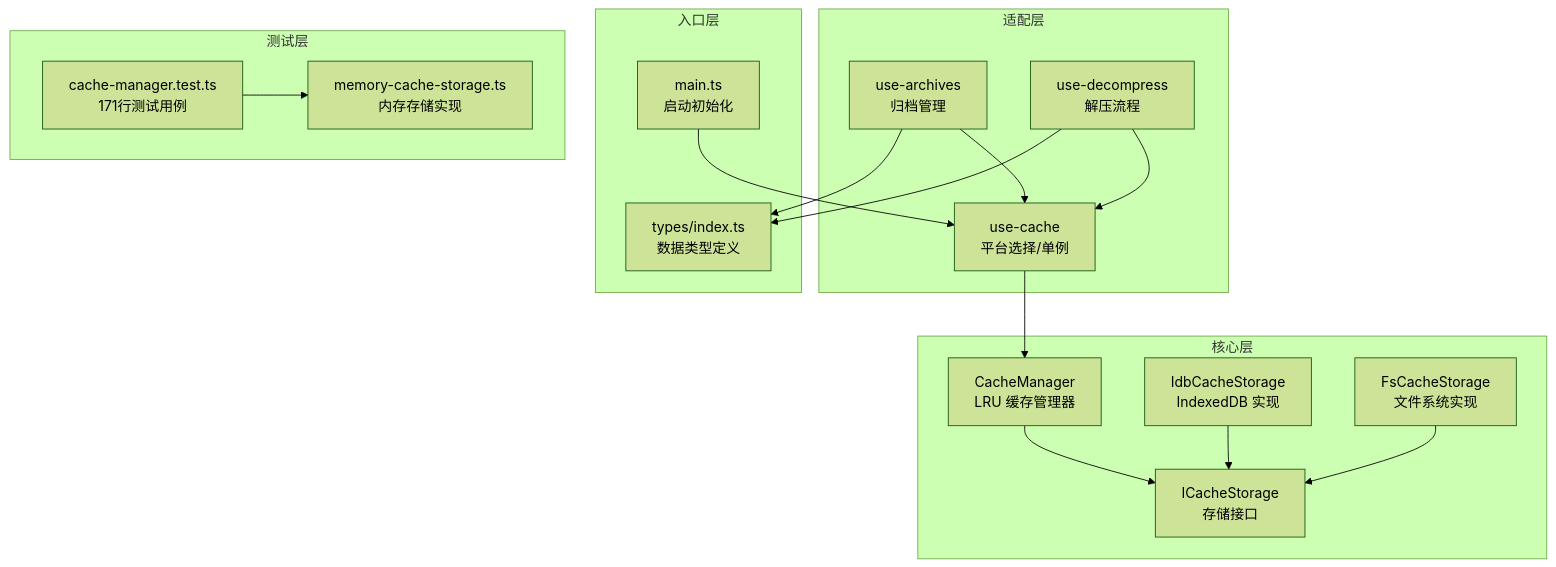
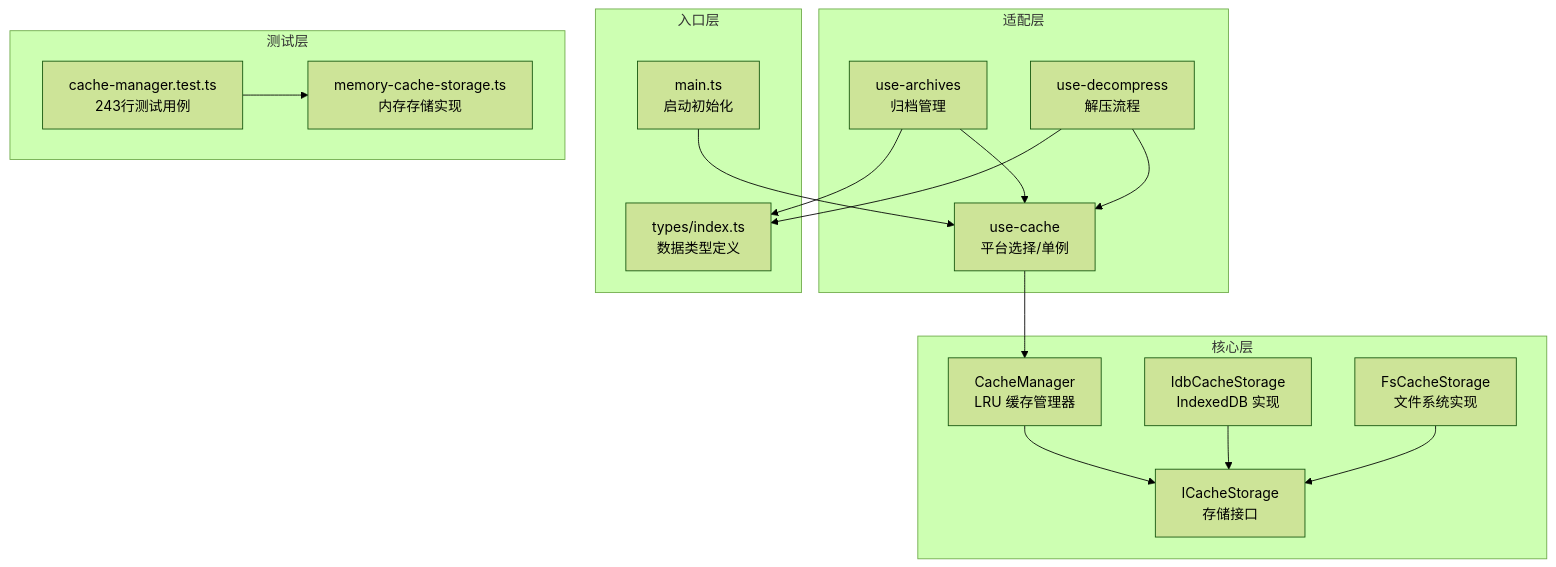
One commit to taoweidong/Hello-Tauri changed the first of 7 diagrams in .qoder/repowiki/zh/content/核心模块/缓存系统.md. Above: the diagram before and after it, drawn with Mermaid (forest theme). The commit also changed other lines of this file and 8 other files, not shown here.

````diff
--- a/.qoder/repowiki/zh/content/核心模块/缓存系统.md
+++ b/.qoder/repowiki/zh/content/核心模块/缓存系统.md
@@ -49,32 +52,32 @@
 ```mermaid
 graph TB
 subgraph "核心层"
 CM["CacheManager<br/>LRU 缓存管理器"]
 IFace["ICacheStorage<br/>存储接口"]
 Idb["IdbCacheStorage<br/>IndexedDB 实现"]
 Fs["FsCacheStorage<br/>文件系统实现"]
 end
 subgraph "适配层"
 UseCache["use-cache<br/>平台选择/单例"]
 Archives["use-archives<br/>归档管理"]
 Decompress["use-decompress<br/>解压流程"]
 end
 subgraph "入口层"
 Main["main.ts<br/>启动初始化"]
 Types["types/index.ts<br/>数据类型定义"]
 end
 subgraph "测试层"
-Tests["cache-manager.test.ts<br/>171行测试用例"]
+Tests["cache-manager.test.ts<br/>243行测试用例"]
 MemStorage["memory-cache-storage.ts<br/>内存存储实现"]
 end
 CM --> IFace
 Idb --> IFace
 Fs --> IFace
 UseCache --> CM
 Archives --> UseCache
 Decompress --> UseCache
 Main --> UseCache
 Archives --> Types
 Decompress --> Types
 Tests --> MemStorage
 ```
````
